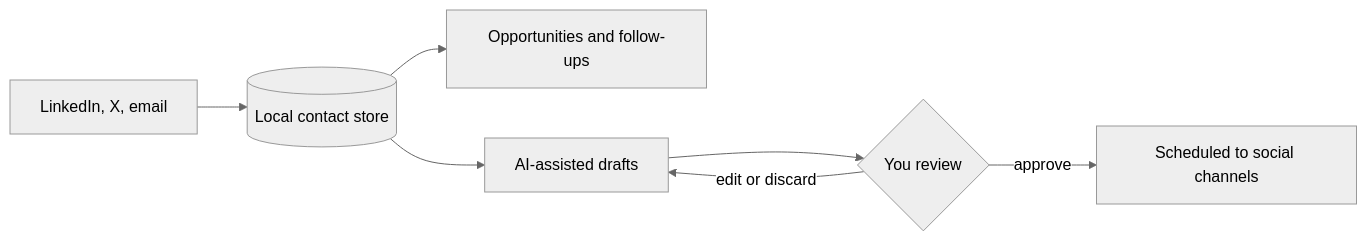
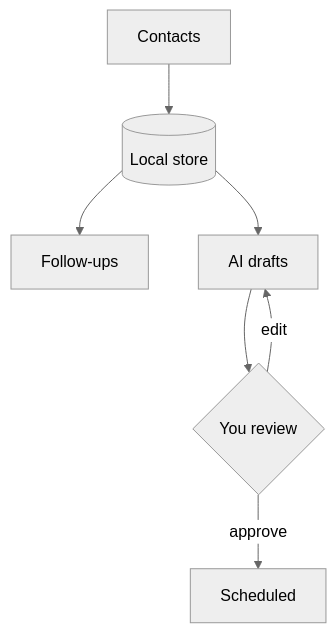
Before and after one commit to Mohanad1st/network-intelligence-showcase: the diagram in README.md, drawn with Mermaid (neutral theme). The commit also changed other lines of this file and 2 other files, not shown here.

Commit message:
docs: align case study for ICAIRE and Coefficient Giving review
Calibrated claims and statuses, honest limits, corrected Arabic (AI-drafted: needs native review), phone-legible banner, top-to-bottom diagrams with text descriptions, descriptive alt text.

````diff
--- a/README.md
+++ b/README.md
@@ -23,9 +25,11 @@
 ```mermaid
-flowchart LR
-  A[LinkedIn, X, email] --> B[(Local contact store)]
-  B --> C[Opportunities and follow-ups]
-  B --> D[AI-assisted drafts]
+flowchart TD
+  accTitle: How Network Intelligence handles contacts and content
+  accDescr: Contacts from LinkedIn, X and email go into a local store, which feeds follow-ups and AI-assisted drafts; you review every draft, and only approved ones are scheduled.
+  A[Contacts] --> B[(Local store)]
+  B --> C[Follow-ups]
+  B --> D[AI drafts]
   D --> E{You review}
-  E -- approve --> F[Scheduled to social channels]
-  E -- edit or discard --> D
+  E -- approve --> F[Scheduled]
+  E -- edit --> D
 ```
````
